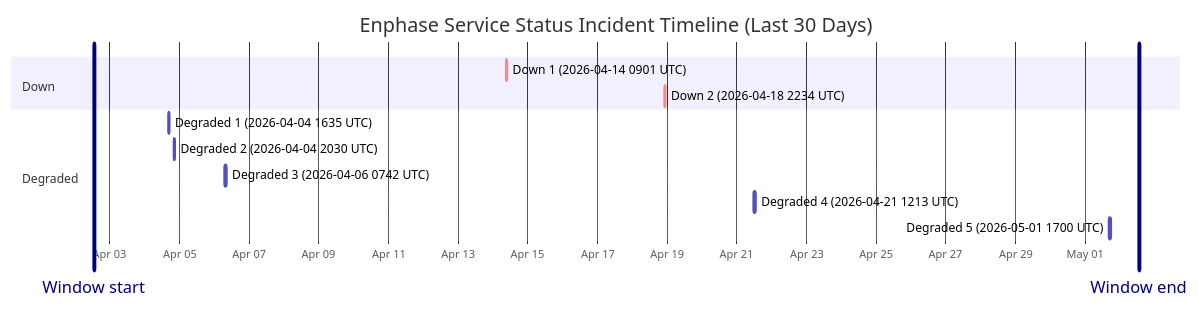
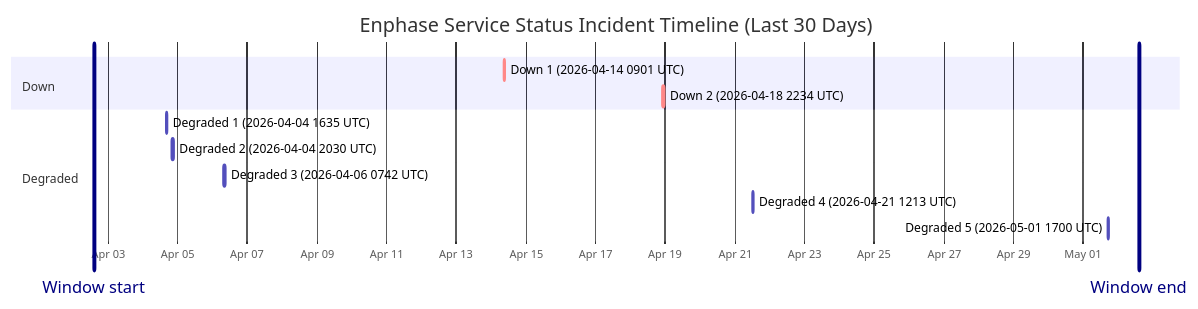
Before and after one commit to barneyonline/ha-enphase-ev-charger: the diagram in wiki/Service-Status-History.md, drawn with Mermaid. The commit also changed other lines of this file and 3 other files, not shown here.

````diff
--- a/wiki/Service-Status-History.md
+++ b/wiki/Service-Status-History.md
@@ -14,17 +14,17 @@
 ```mermaid
 gantt
     title Enphase Service Status Incident Timeline (Last 30 Days)
     dateFormat  YYYY-MM-DDTHH:mm:ss
     axisFormat  %b %d
-    Window start :vert, window-start, 2026-04-02T13:09:11, 0ms
-    Window end :vert, window-end, 2026-05-02T13:09:11, 0ms
+    Window start :vert, window-start, 2026-04-02T14:29:44, 0ms
+    Window end :vert, window-end, 2026-05-02T14:29:44, 0ms
     section Down
     Down 1 (2026-04-14 0901 UTC) :crit, down-1, 2026-04-14T09:01:13, 60m
     Down 2 (2026-04-18 2234 UTC) :crit, down-2, 2026-04-18T22:34:13, 60m
     section Degraded
     Degraded 1 (2026-04-04 1635 UTC) :active, degraded-1, 2026-04-04T16:35:17, 60m
     Degraded 2 (2026-04-04 2030 UTC) :active, degraded-2, 2026-04-04T20:30:40, 60m
     Degraded 3 (2026-04-06 0742 UTC) :active, degraded-3, 2026-04-06T07:42:09, 85m
     Degraded 4 (2026-04-21 1213 UTC) :active, degraded-4, 2026-04-21T12:13:11, 60m
     Degraded 5 (2026-05-01 1700 UTC) :active, degraded-5, 2026-05-01T17:00:22, 60m
 ```
````
